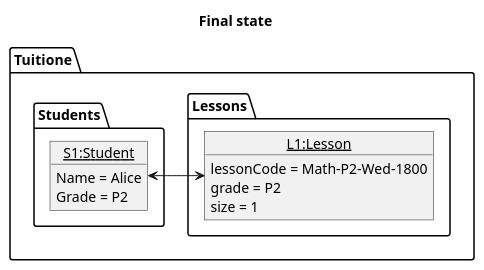
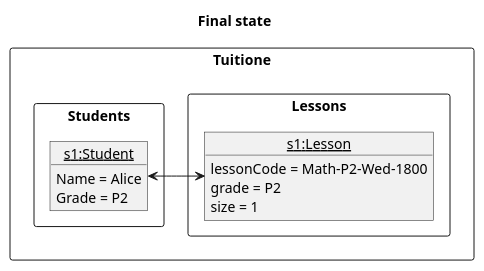
The diagram in docs/diagrams/EnrollLessonState1.puml (nus-cs2103-AY2122S1/tp), drawn with PlantUML before and after one commit. The commit also changed 3 other files, not shown here.

Commit message:
Changes to enroll lesson object diagrams

```diff
--- a/docs/diagrams/EnrollLessonState1.puml
+++ b/docs/diagrams/EnrollLessonState1.puml
@@ -1,24 +1,24 @@
 @startuml
 
 title Final state
 
-package Tuitione {
-    package Lessons {
-        object "<u>L1:Lesson" as Lesson{
+package Tuitione <<rectangle>> {
+    package Lessons <<rectangle>> {
+        object "<u>s1:Lesson" as Lesson{
         lessonCode = Math-P2-Wed-1800
         grade = P2
         size = 1
         }
     }
-    package Students {
-        object "<u>S1:Student" as Student {
+    package Students <<rectangle>> {
+        object "<u>s1:Student" as Student {
         Name = Alice
         Grade = P2
         }
     }
 
     Lesson <-R-> Student
 
 }
 
 @end
```
